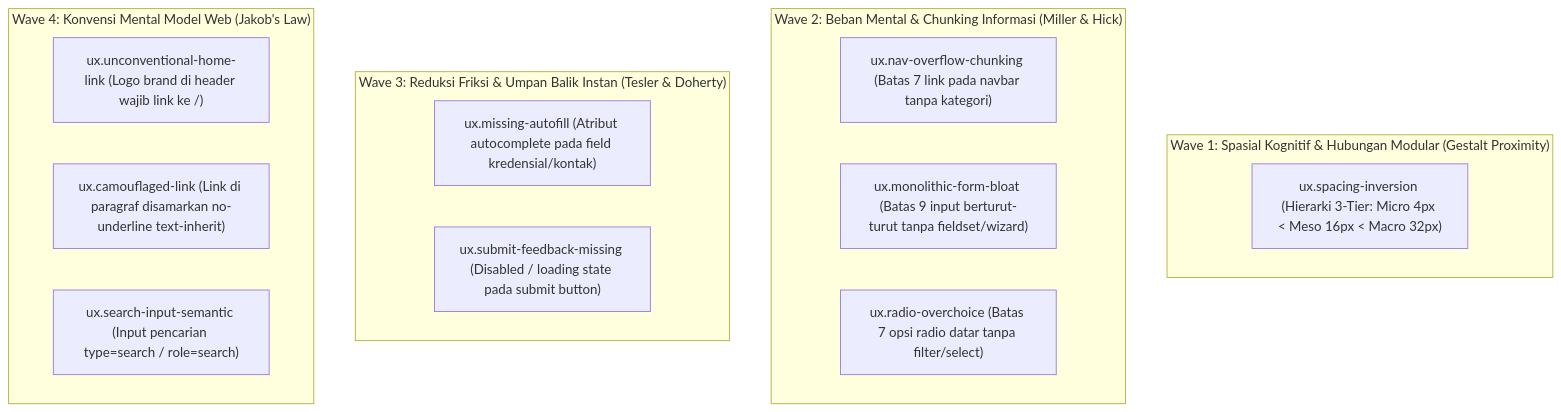
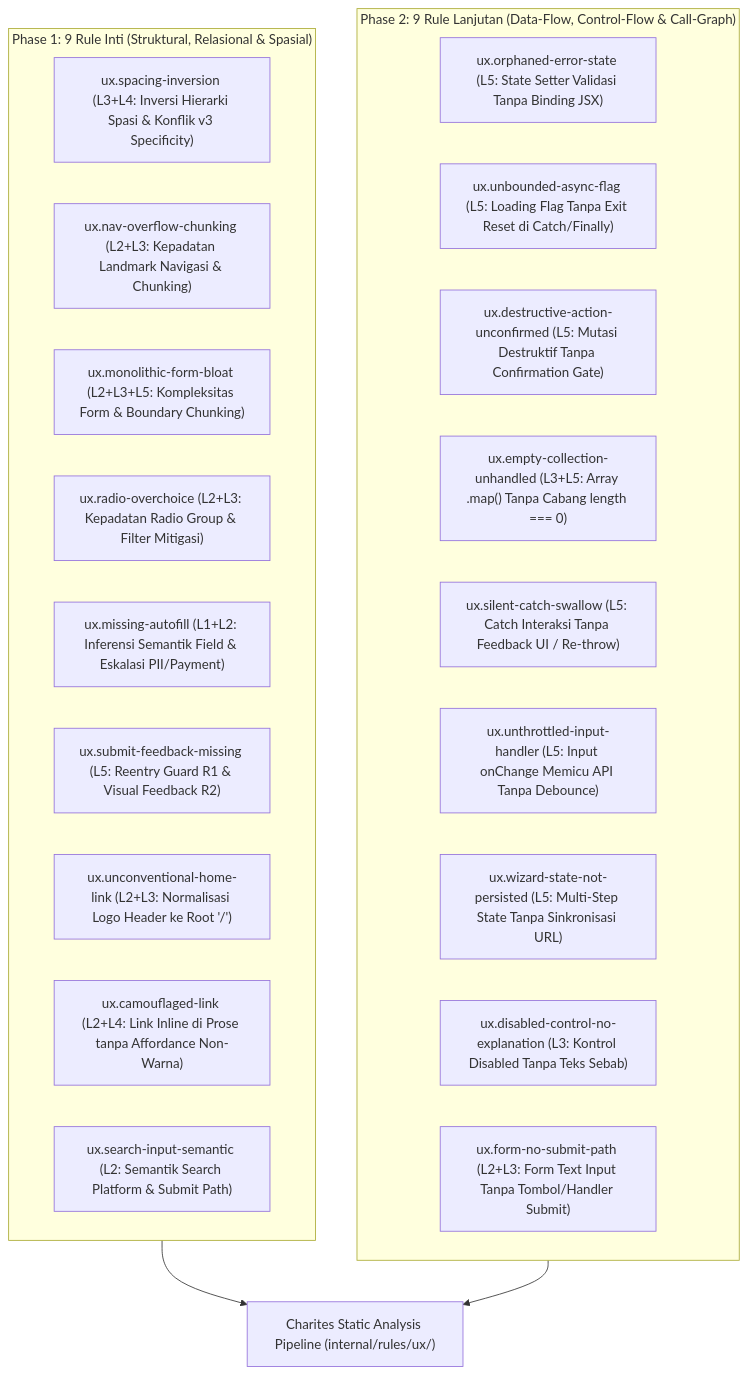
One commit to will2469/charites changed the first of 2 diagrams in docs/01-spec/expansion/ux.md. Above: the diagram before and after it, drawn with Mermaid. The commit also changed other lines of this file, not shown here.

First line of the commit message:
docs(spec): rearchitect ux rules to 5 analysis layers and 18 observable AST invariants

````diff
--- a/docs/01-spec/expansion/ux.md
+++ b/docs/01-spec/expansion/ux.md
@@ -20,23 +24,29 @@
 ```mermaid
 flowchart TD
-    subgraph W1 ["Wave 1: Spasial Kognitif & Hubungan Modular (Gestalt Proximity)"]
-        U1["ux.spacing-inversion (Hierarki 3-Tier: Micro 4px < Meso 16px < Macro 32px)"]
+    subgraph P1 ["Phase 1: 9 Rule Inti (Struktural, Relasional & Spasial)"]
+        U1["ux.spacing-inversion (L3+L4: Inversi Hierarki Spasi & Konflik v3 Specificity)"]
+        U2["ux.nav-overflow-chunking (L2+L3: Kepadatan Landmark Navigasi & Chunking)"]
+        U3["ux.monolithic-form-bloat (L2+L3+L5: Kompleksitas Form & Boundary Chunking)"]
+        U4["ux.radio-overchoice (L2+L3: Kepadatan Radio Group & Filter Mitigasi)"]
+        U5["ux.missing-autofill (L1+L2: Inferensi Semantik Field & Eskalasi PII/Payment)"]
+        U6["ux.submit-feedback-missing (L5: Reentry Guard R1 & Visual Feedback R2)"]
+        U7["ux.unconventional-home-link (L2+L3: Normalisasi Logo Header ke Root '/')"]
+        U8["ux.camouflaged-link (L2+L4: Link Inline di Prose tanpa Affordance Non-Warna)"]
+        U9["ux.search-input-semantic (L2: Semantik Search Platform & Submit Path)"]
     end
 
-    subgraph W2 ["Wave 2: Beban Mental & Chunking Informasi (Miller & Hick)"]
-        U2["ux.nav-overflow-chunking (Batas 7 link pada navbar tanpa kategori)"]
-        U3["ux.monolithic-form-bloat (Batas 9 input berturut-turut tanpa fieldset/wizard)"]
-        U4["ux.radio-overchoice (Batas 7 opsi radio datar tanpa filter/select)"]
+    subgraph P2 ["Phase 2: 9 Rule Lanjutan (Data-Flow, Control-Flow & Call-Graph)"]
+        U10["ux.orphaned-error-state (L5: State Setter Validasi Tanpa Binding JSX)"]
+        U11["ux.unbounded-async-flag (L5: Loading Flag Tanpa Exit Reset di Catch/Finally)"]
+        U12["ux.destructive-action-unconfirmed (L5: Mutasi Destruktif Tanpa Confirmation Gate)"]
+        U13["ux.empty-collection-unhandled (L3+L5: Array .map() Tanpa Cabang length === 0)"]
+        U14["ux.silent-catch-swallow (L5: Catch Interaksi Tanpa Feedback UI / Re-throw)"]
+        U15["ux.unthrottled-input-handler (L5: Input onChange Memicu API Tanpa Debounce)"]
+        U16["ux.wizard-state-not-persisted (L5: Multi-Step State Tanpa Sinkronisasi URL)"]
+        U17["ux.disabled-control-no-explanation (L3: Kontrol Disabled Tanpa Teks Sebab)"]
+        U18["ux.form-no-submit-path (L2+L3: Form Text Input Tanpa Tombol/Handler Submit)"]
     end
 
-    subgraph W3 ["Wave 3: Reduksi Friksi & Umpan Balik Instan (Tesler & Doherty)"]
-        U5["ux.missing-autofill (Atribut autocomplete pada field kredensial/kontak)"]
-        U6["ux.submit-feedback-missing (Disabled / loading state pada submit button)"]
-    end
-
-    subgraph W4 ["Wave 4: Konvensi Mental Model Web (Jakob's Law)"]
-        U7["ux.unconventional-home-link (Logo brand di header wajib link ke /)"]
-        U8["ux.camouflaged-link (Link di paragraf disamarkan no-underline text-inherit)"]
-        U9["ux.search-input-semantic (Input pencarian type=search / role=search)"]
-    end
+    P1 --> ENGINE["Charites Static Analysis Pipeline (internal/rules/ux/)"]
+    P2 --> ENGINE
 ```
````
